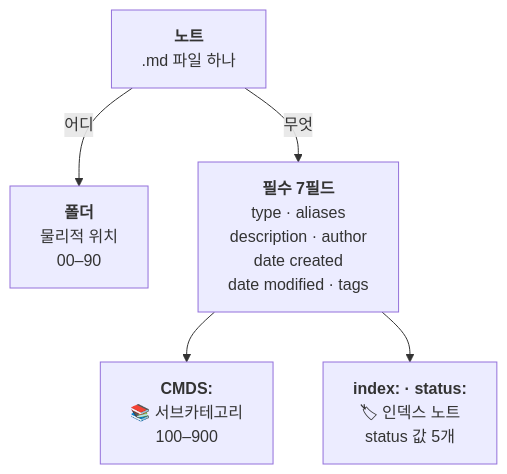
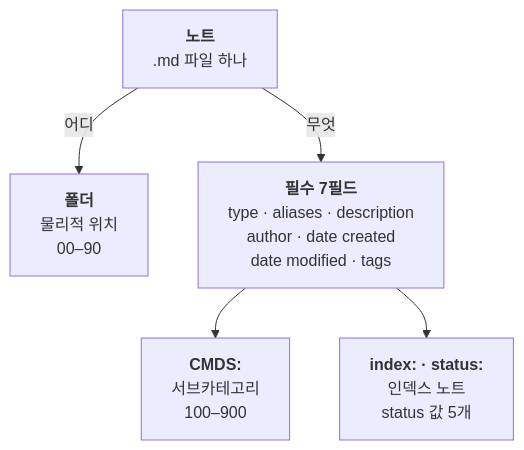
The diagram in diagrams/src/note-metadata-ko.md (johnfkoo951/cmds-system-files), drawn with Mermaid before and after one commit. The commit also changed other lines of this file and 20 other files, not shown here.

Commit message:
site: diagrams after reviewer pass (tighter labels, one-sentence captions, who-reads-what as flowchart) + copy refresh

````diff
--- a/diagrams/src/note-metadata-ko.md
+++ b/diagrams/src/note-metadata-ko.md
@@ -1,22 +1,21 @@
 ```mermaid
 flowchart TD
 %% @name: note-metadata-ko
-%% @alt: 노트에는 독립된 두 축이 있다. 폴더는 어디 있는지를 말하고, 프론트매터는 무엇인지를 말한다. 필수 7필드 다음에 서브카테고리를 가리키는 선택 필드 CMDS와 index, status가 온다.
+%% @alt: 노트에는 독립된 두 축이 있다. 폴더는 어디 있는지를 말하고, frontmatter는 무엇인지를 말한다. 필수 7필드 다음에 서브카테고리를 가리키는 선택 필드 CMDS와 index, status가 온다.
 %% @key: C
 %% @aux: F
   N["`**노트**
 .md 파일 하나`"] -->|"어디"| F["`**폴더**
 물리적 위치
 00–90`"]
   N -->|"무엇"| R["`**필수 7필드**
-type · aliases
-description · author
-date created
+type · aliases · description
+author · date created
 date modified · tags`"]
   R --> C["`**CMDS:**
-📚 서브카테고리
+서브카테고리
 100–900`"]
   R --> X["`**index: · status:**
-🏷 인덱스 노트
+인덱스 노트
 status 값 5개`"]
 ```
````
